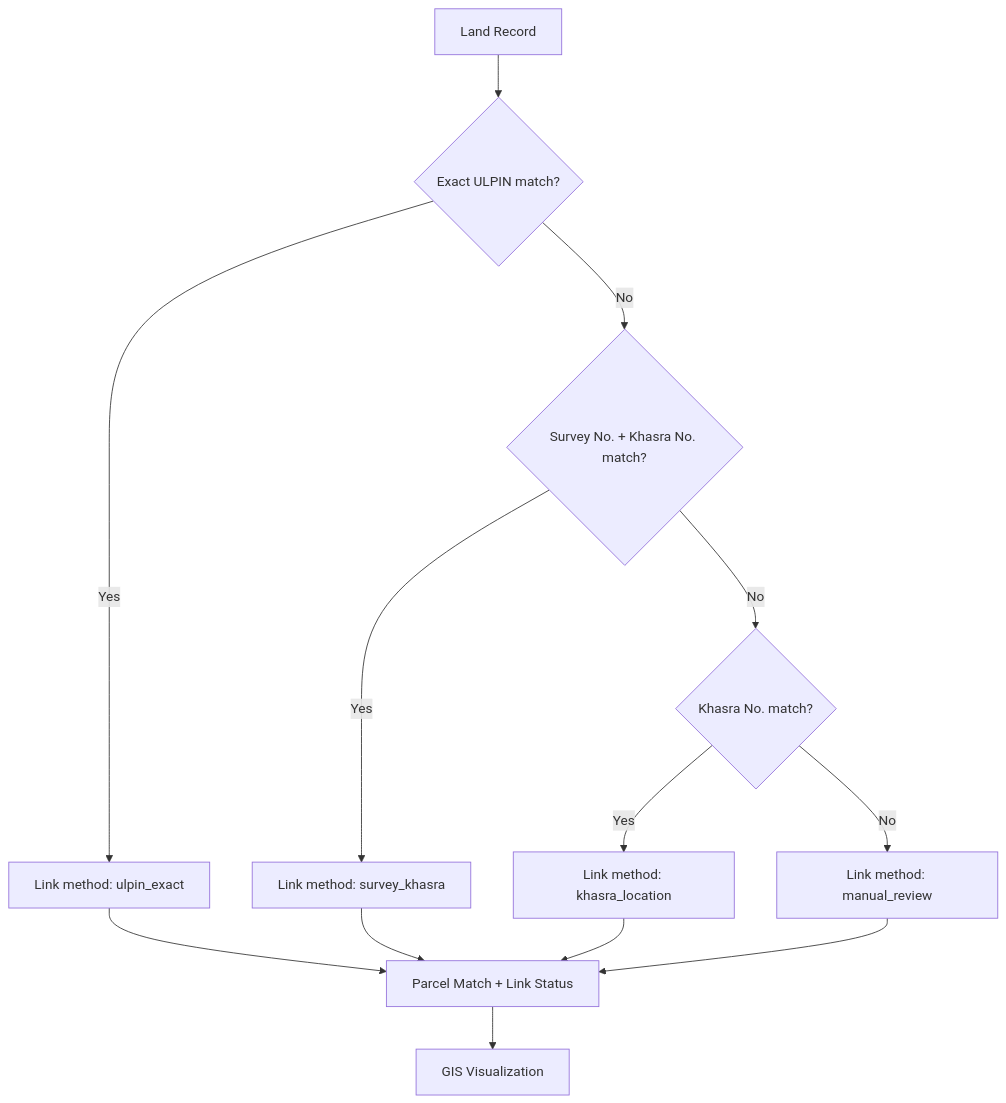
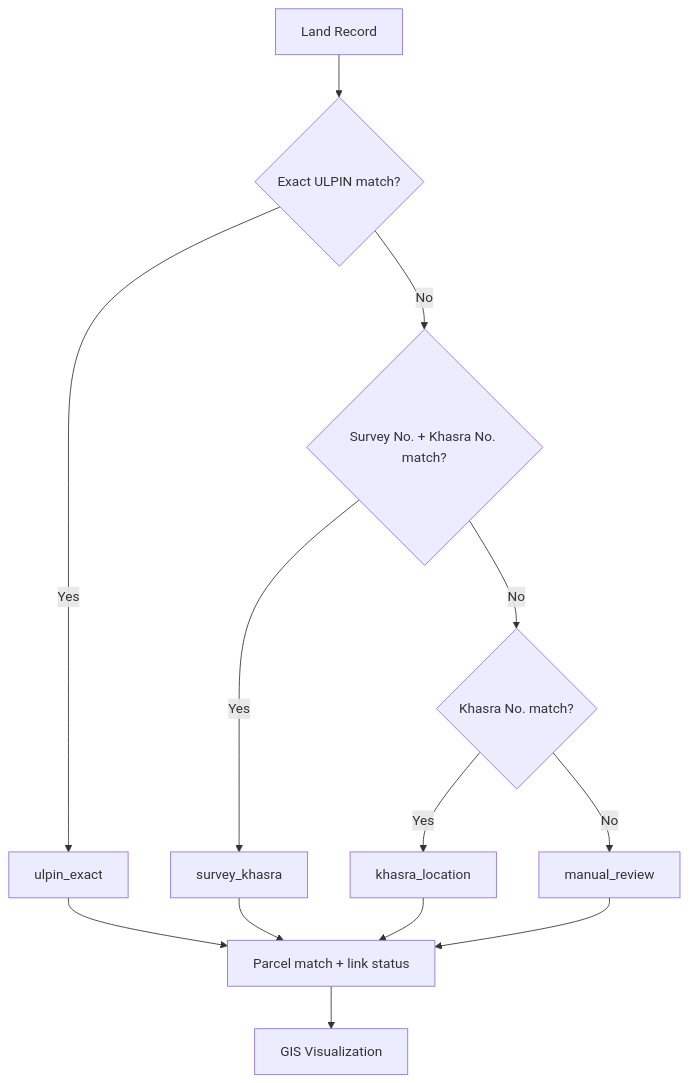
The fourth of 6 diagrams in README.md (aryan24cse109-dev/intellilandAI), drawn with Mermaid before and after one commit. The commit also changed other lines of this file, not shown here.

````diff
--- a/README.md
+++ b/README.md
@@ -416,15 +417,15 @@
 ```mermaid
 flowchart TD
     A["Land Record"] --> B{"Exact ULPIN match?"}
-    B -- "Yes" --> L1["Link method: ulpin_exact"]
+    B -- "Yes" --> L1["ulpin_exact"]
     B -- "No" --> C{"Survey No. + Khasra No. match?"}
-    C -- "Yes" --> L2["Link method: survey_khasra"]
+    C -- "Yes" --> L2["survey_khasra"]
     C -- "No" --> D{"Khasra No. match?"}
-    D -- "Yes" --> L3["Link method: khasra_location"]
-    D -- "No" --> L4["Link method: manual_review"]
-    L1 --> E["Parcel Match + Link Status"]
+    D -- "Yes" --> L3["khasra_location"]
+    D -- "No" --> L4["manual_review"]
+    L1 --> E["Parcel match + link status"]
     L2 --> E
     L3 --> E
     L4 --> E
     E --> F["GIS Visualization"]
 ```
````
